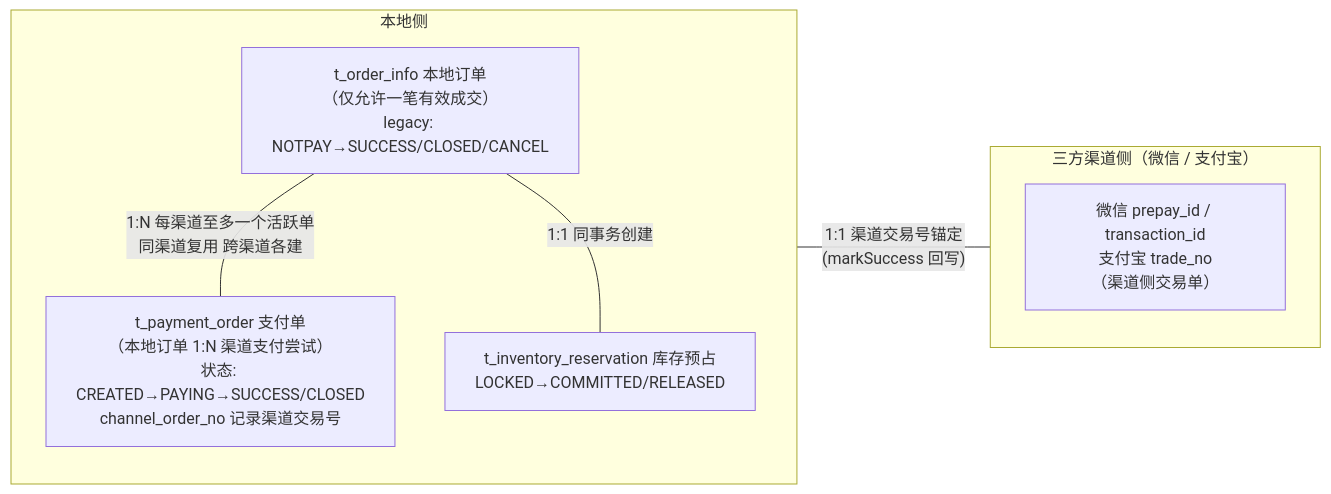
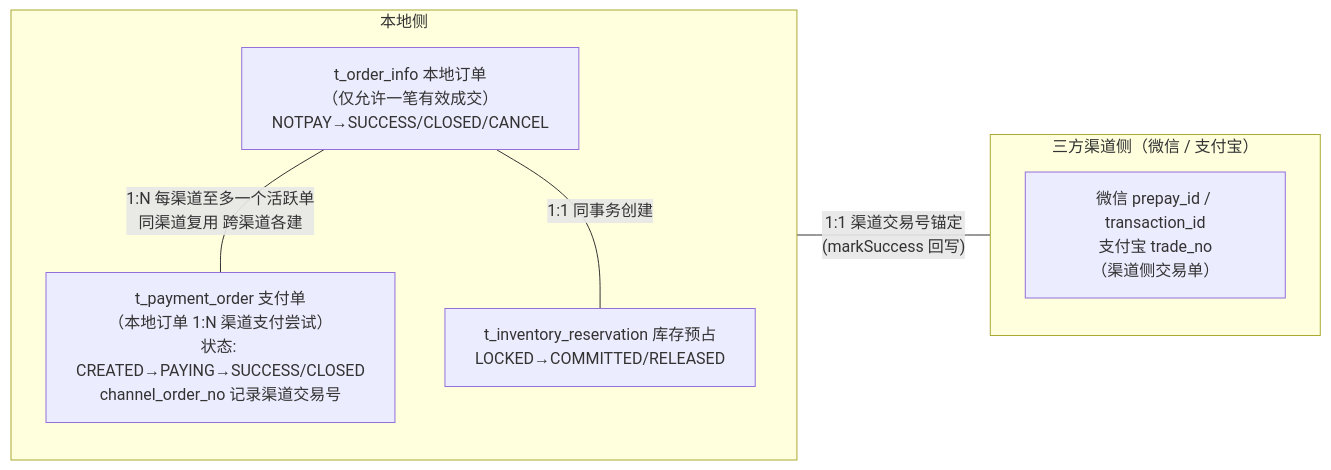
The first of 5 diagrams in CODE_INTRO.md (cpc-lib/mall), drawn with Mermaid before and after one commit. The commit also changed other lines of this file and 2 other files, not shown here.

````diff
--- a/CODE_INTRO.md
+++ b/CODE_INTRO.md
@@ -127,17 +140,17 @@
 ```mermaid
 flowchart LR
     subgraph CH["三方渠道侧（微信 / 支付宝）"]
         direction TB
         C1["微信 prepay_id / transaction_id<br/>支付宝 trade_no<br/>（渠道侧交易单）"]
     end
 
     subgraph LOC["本地侧"]
         direction TB
         P["t_payment_order 支付单<br/>（本地订单 1:N 渠道支付尝试）<br/>状态: CREATED→PAYING→SUCCESS/CLOSED<br/>channel_order_no 记录渠道交易号"]
-        O["t_order_info 本地订单<br/>（仅允许一笔有效成交）<br/>legacy: NOTPAY→SUCCESS/CLOSED/CANCEL"]
+        O["t_order_info 本地订单<br/>（仅允许一笔有效成交）<br/>NOTPAY→SUCCESS/CLOSED/CANCEL"]
         R["t_inventory_reservation 库存预占<br/>LOCKED→COMMITTED/RELEASED"]
         O ---|"1:N 每渠道至多一个活跃单<br/>同渠道复用 跨渠道各建"| P
         O ---|"1:1 同事务创建"| R
         P ---|"1:1 渠道交易号锚定<br/>(markSuccess 回写)"| C1
     end
 ```
````
